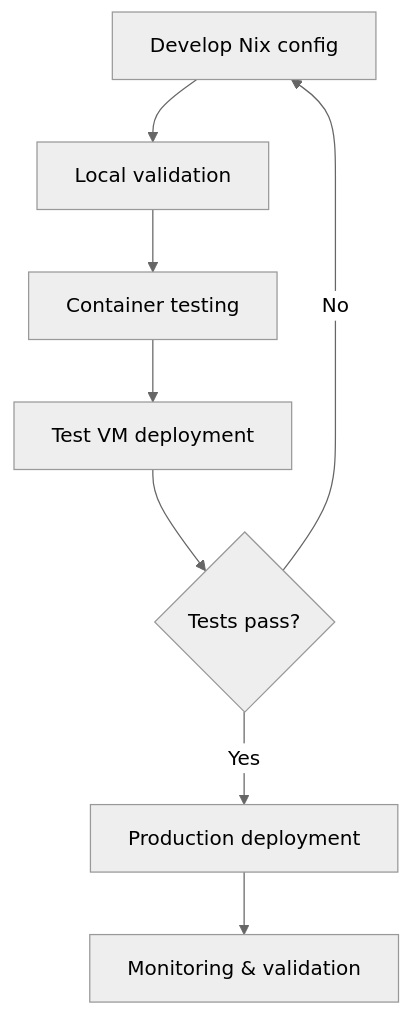
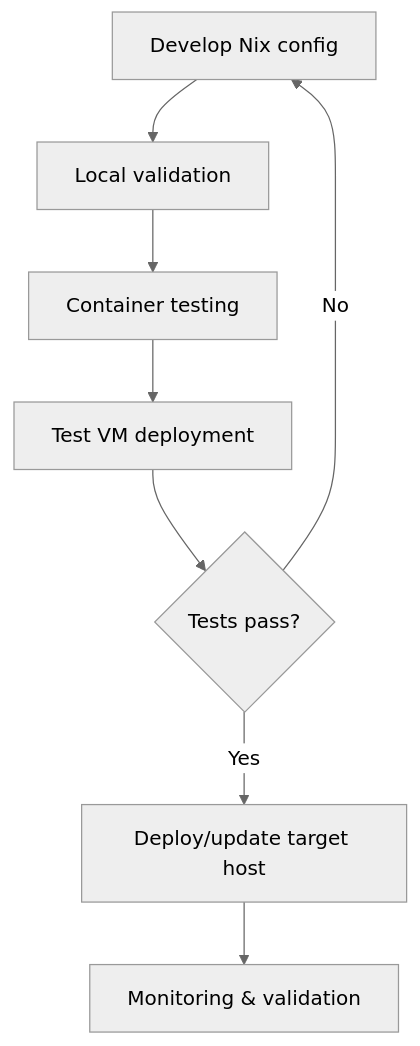
The diagram in docs/agent-vm-setup.md (sandmhan/dotfiles), drawn with Mermaid (neutral theme) before and after one commit. The commit also changed other lines of this file and 20 other files, not shown here.

````diff
--- a/docs/agent-vm-setup.md
+++ b/docs/agent-vm-setup.md
@@ -229,10 +234,10 @@
 ```mermaid
 graph TD
     A[Develop Nix config] --> B[Local validation]
     B --> C[Container testing]
     C --> D[Test VM deployment]
     D --> E{Tests pass?}
     E -->|No| A
-    E -->|Yes| F[Production deployment]
+    E -->|Yes| F[Deploy/update target host]
     F --> G[Monitoring & validation]
 ```
````
